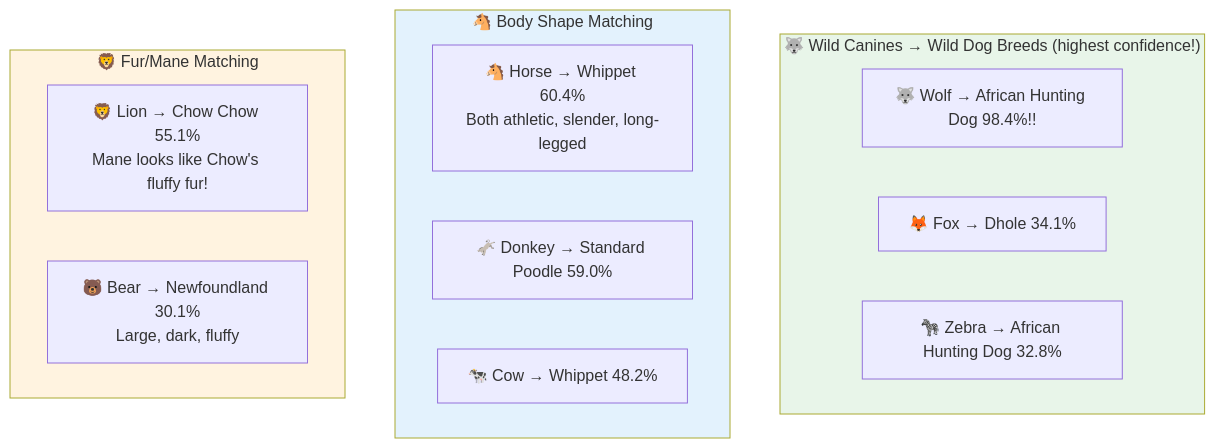
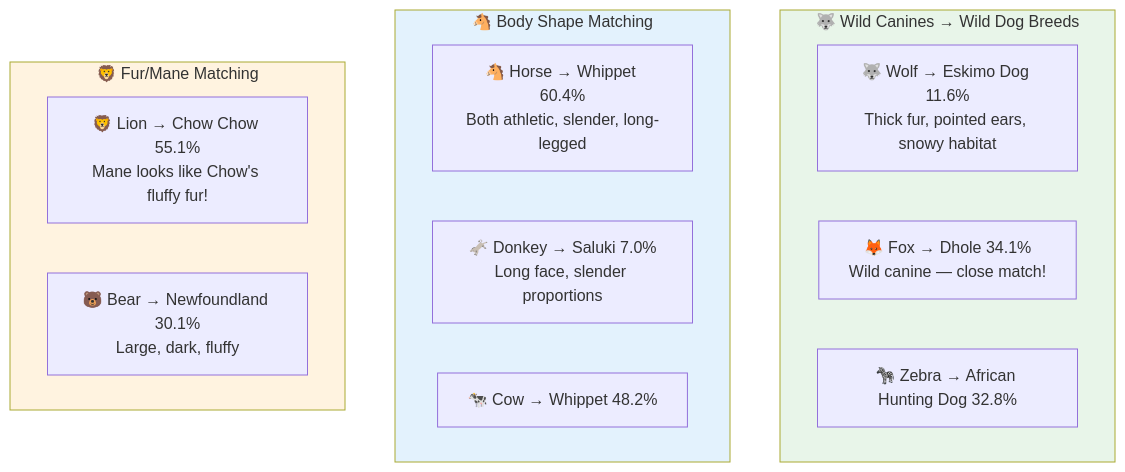
Before and after one commit to hadarwayn/L41-Which-dog-are-you-: diagram 24 of 31 in README.md, drawn with Mermaid. The commit also changed other lines of this file and 26 other files, not shown here.

First line of the commit message:
fix(readme): All images verified correct, wolf/donkey fixed, predictions updated

````diff
--- a/README.md
+++ b/README.md
@@ -653,23 +653,23 @@
 ```mermaid
 flowchart TD
-    subgraph Wild["🐺 Wild Canines → Wild Dog Breeds (highest confidence!)"]
-        W["🐺 Wolf → African Hunting Dog 98.4%!!"]
-        F["🦊 Fox → Dhole 34.1%"]
+    subgraph Wild["🐺 Wild Canines → Wild Dog Breeds"]
+        W["🐺 Wolf → Eskimo Dog 11.6%<br/>Thick fur, pointed ears, snowy habitat"]
+        F["🦊 Fox → Dhole 34.1%<br/>Wild canine — close match!"]
         Z["🦓 Zebra → African Hunting Dog 32.8%"]
     end
 
     subgraph Shape["🐴 Body Shape Matching"]
         H["🐴 Horse → Whippet 60.4%<br/>Both athletic, slender, long-legged"]
-        D["🫏 Donkey → Standard Poodle 59.0%"]
+        D["🫏 Donkey → Saluki 7.0%<br/>Long face, slender proportions"]
         Co["🐄 Cow → Whippet 48.2%"]
     end
 
     subgraph Fur["🦁 Fur/Mane Matching"]
         L["🦁 Lion → Chow Chow 55.1%<br/>Mane looks like Chow's fluffy fur!"]
         B["🐻 Bear → Newfoundland 30.1%<br/>Large, dark, fluffy"]
     end
 
     style Wild fill:#e8f5e9
     style Shape fill:#e3f2fd
     style Fur fill:#fff3e0
 ```
````
